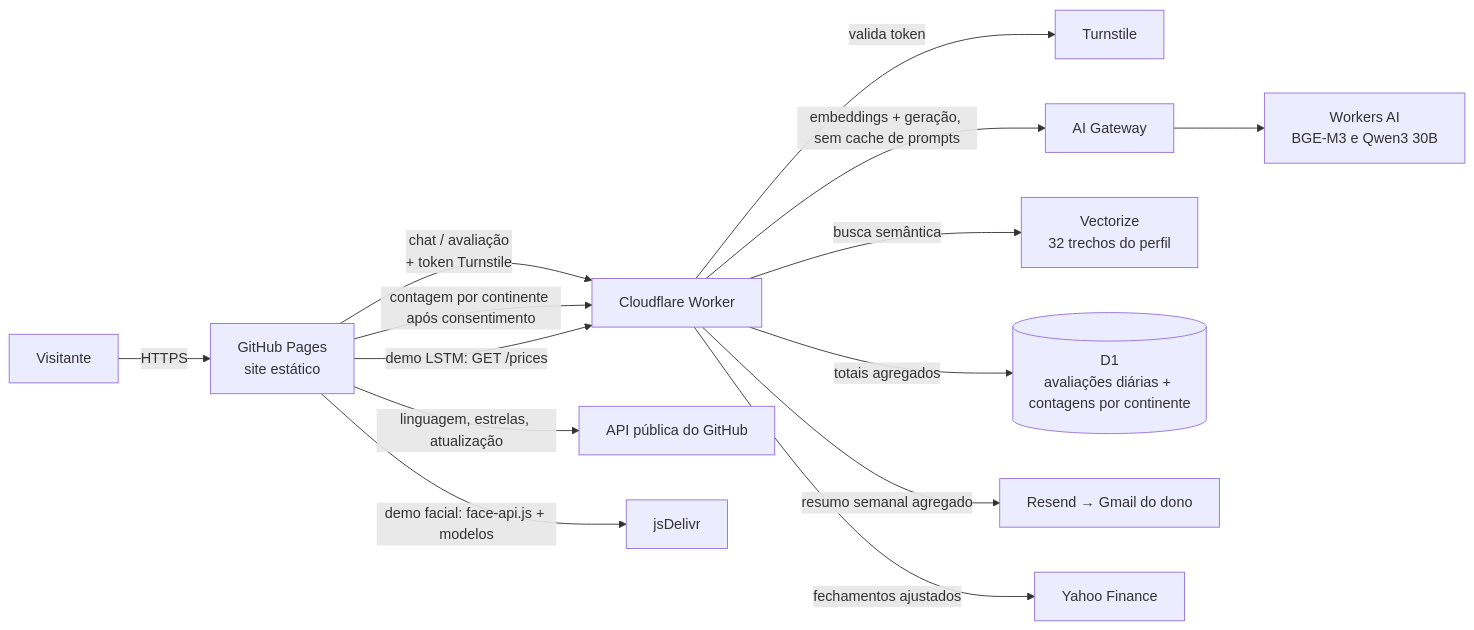
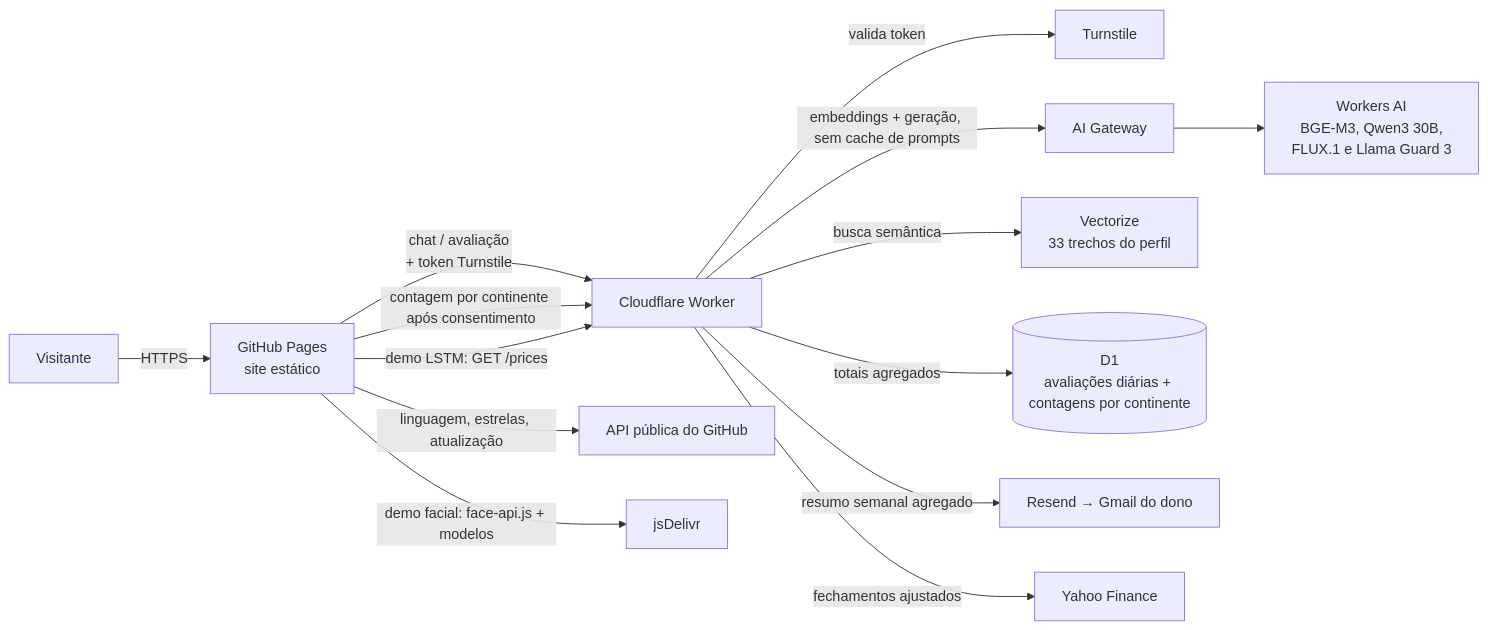
The diagram in README.pt-BR.md (emanueleborges/emanueleborges.github.io), drawn with Mermaid before and after one commit. The commit also changed other lines of this file and 28 other files, not shown here.

First line of the commit message:
Adiciona gerador de imagens, métricas no hero e nos cards e novo diagrama

````diff
--- a/README.pt-BR.md
+++ b/README.pt-BR.md
@@ -65,16 +66,16 @@
 ```mermaid
 flowchart LR
   V[Visitante] -->|HTTPS| GP[GitHub Pages<br/>site estático]
   GP -->|chat / avaliação<br/>+ token Turnstile| W[Cloudflare Worker]
   W -->|valida token| TS[Turnstile]
   W -->|embeddings + geração, sem cache de prompts| GW[AI Gateway]
-  GW --> AI[Workers AI<br/>BGE-M3 e Qwen3 30B]
-  W -->|busca semântica| VZ[Vectorize<br/>32 trechos do perfil]
+  GW --> AI[Workers AI<br/>BGE-M3, Qwen3 30B,<br/>FLUX.1 e Llama Guard 3]
+  W -->|busca semântica| VZ[Vectorize<br/>33 trechos do perfil]
   W -->|totais agregados| D1[(D1<br/>avaliações diárias + contagens por continente)]
   W -->|resumo semanal agregado| RS[Resend → Gmail do dono]
   GP -->|contagem por continente após consentimento| W
   GP -->|linguagem, estrelas, atualização| GH[API pública do GitHub]
   GP -->|demo LSTM: GET /prices| W
   W -->|fechamentos ajustados| YF[Yahoo Finance]
   GP -->|demo facial: face-api.js + modelos| CDN[jsDelivr]
 ```
````
